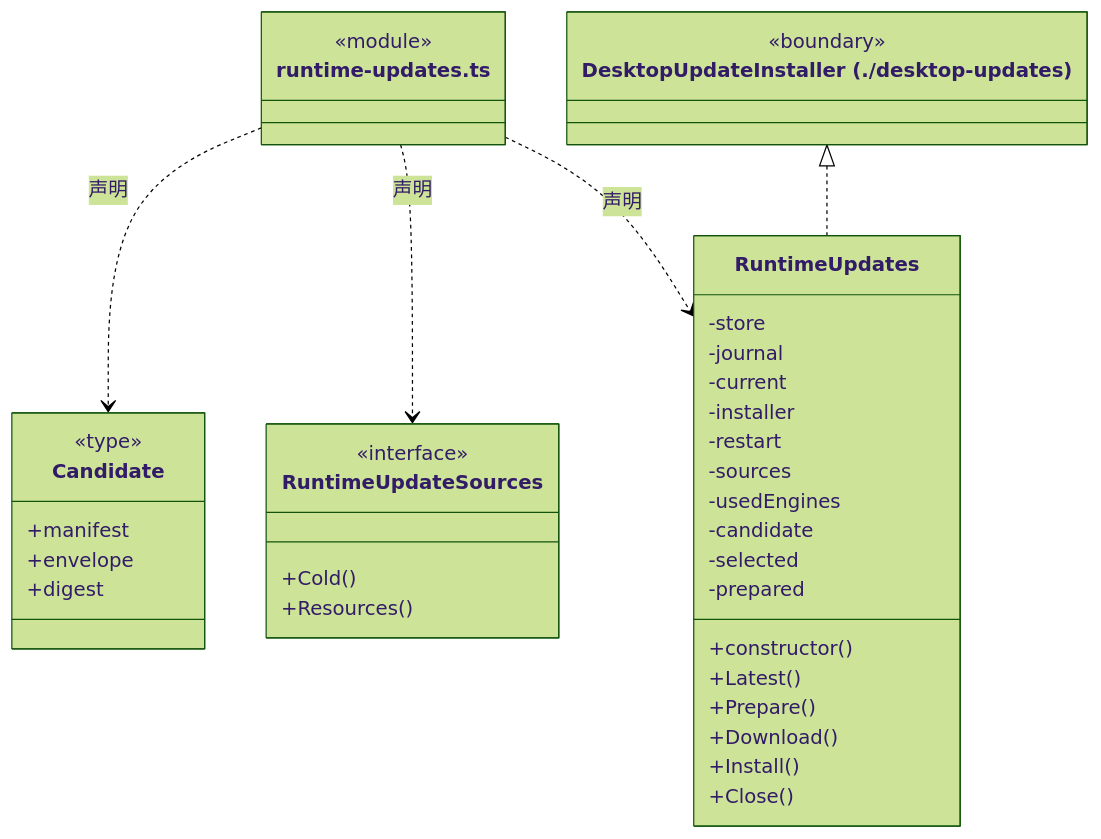
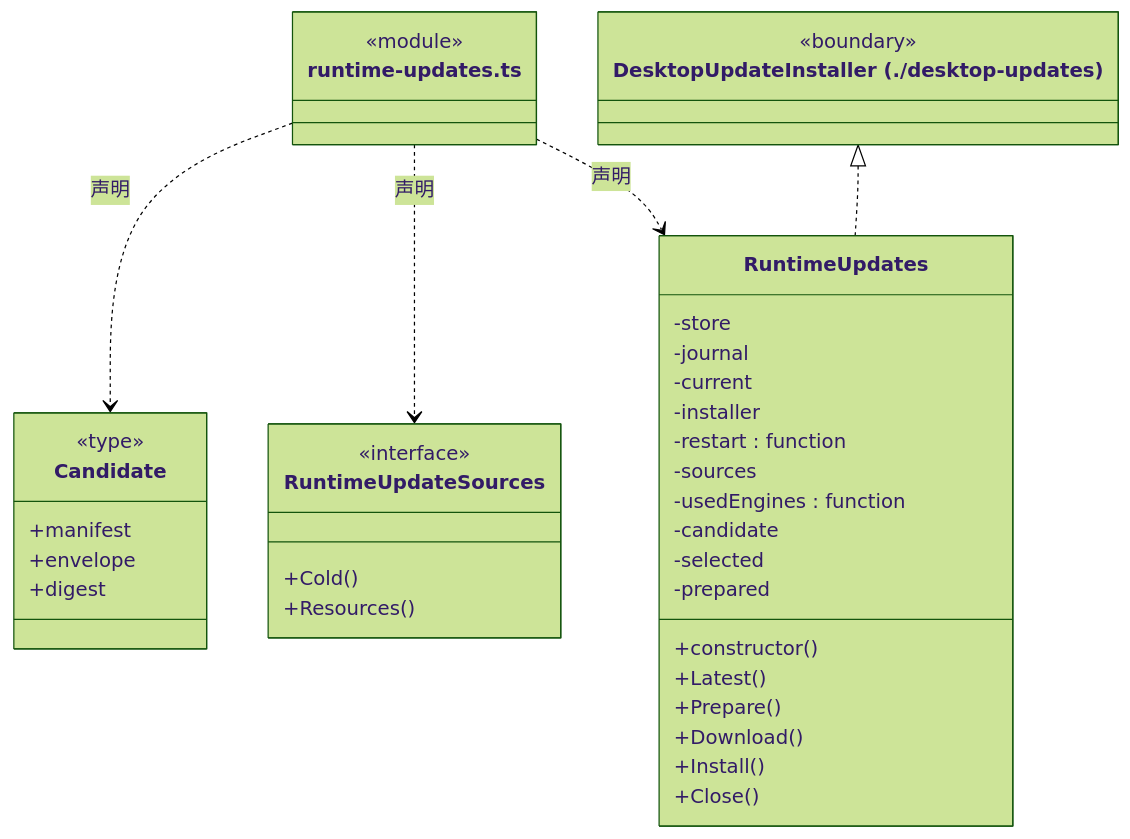
One commit to nan023062/cbim changed diagram 21 of 28 in src/logic/updates/service/ARCHITECTURE.md. Above: the diagram before and after it, drawn with Mermaid (forest theme). The commit also changed other lines of this file and 137 other files, not shown here.

Commit message:
fix: align architecture generator with documentation standards

````diff
--- a/src/logic/updates/service/ARCHITECTURE.md
+++ b/src/logic/updates/service/ARCHITECTURE.md
@@ -568,42 +599,42 @@
 ```mermaid
 classDiagram
 class N_src_logic_updates_service_runtime_updates_ts["runtime-updates.ts"] {
   <<module>>
 }
 class N_src_logic_updates_service_runtime_updates_ts_Candidate["Candidate"] {
   <<type>>
   +manifest
   +envelope
   +digest
 }
 N_src_logic_updates_service_runtime_updates_ts ..> N_src_logic_updates_service_runtime_updates_ts_Candidate : 声明
 class N_src_logic_updates_service_runtime_updates_ts_RuntimeUpdateSources["RuntimeUpdateSources"] {
   <<interface>>
   +Cold()
   +Resources()
 }
 N_src_logic_updates_service_runtime_updates_ts ..> N_src_logic_updates_service_runtime_updates_ts_RuntimeUpdateSources : 声明
 class N_src_logic_updates_service_runtime_updates_ts_RuntimeUpdates["RuntimeUpdates"] {
   +constructor()
   +Latest()
   +Prepare()
   +Download()
   +Install()
   +Close()
   -store
   -journal
   -current
   -installer
-  -restart
+  -restart : function
   -sources
-  -usedEngines
+  -usedEngines : function
   -candidate
   -selected
   -prepared
 }
 N_src_logic_updates_service_runtime_updates_ts ..> N_src_logic_updates_service_runtime_updates_ts_RuntimeUpdates : 声明
 class N_src_logic_updates_service_runtime_updates_ts_external_DesktopUpdateInstaller["DesktopUpdateInstaller (./desktop-updates)"] {
   <<boundary>>
 }
 N_src_logic_updates_service_runtime_updates_ts_external_DesktopUpdateInstaller <|.. N_src_logic_updates_service_runtime_updates_ts_RuntimeUpdates
 ```
````
